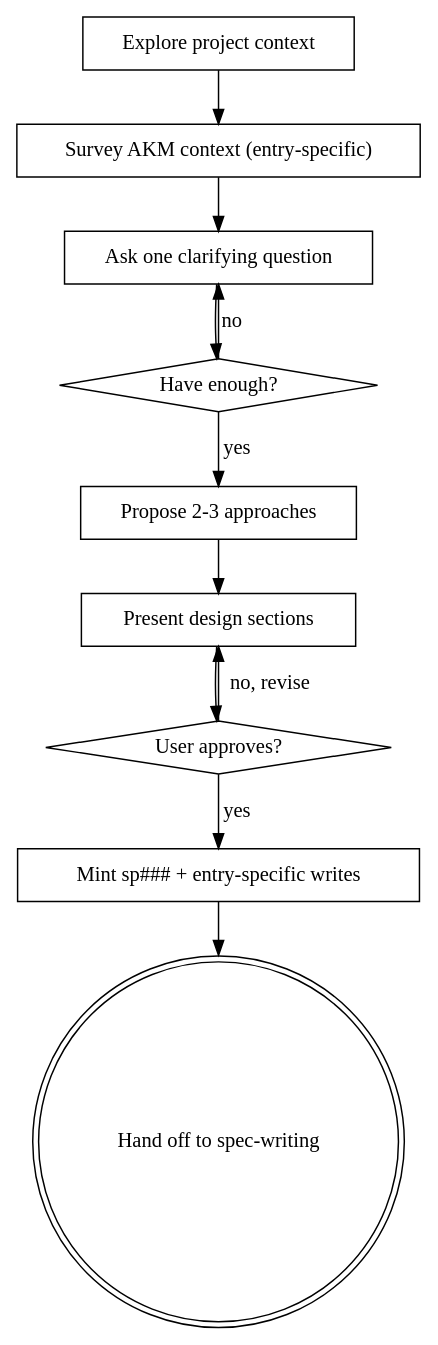
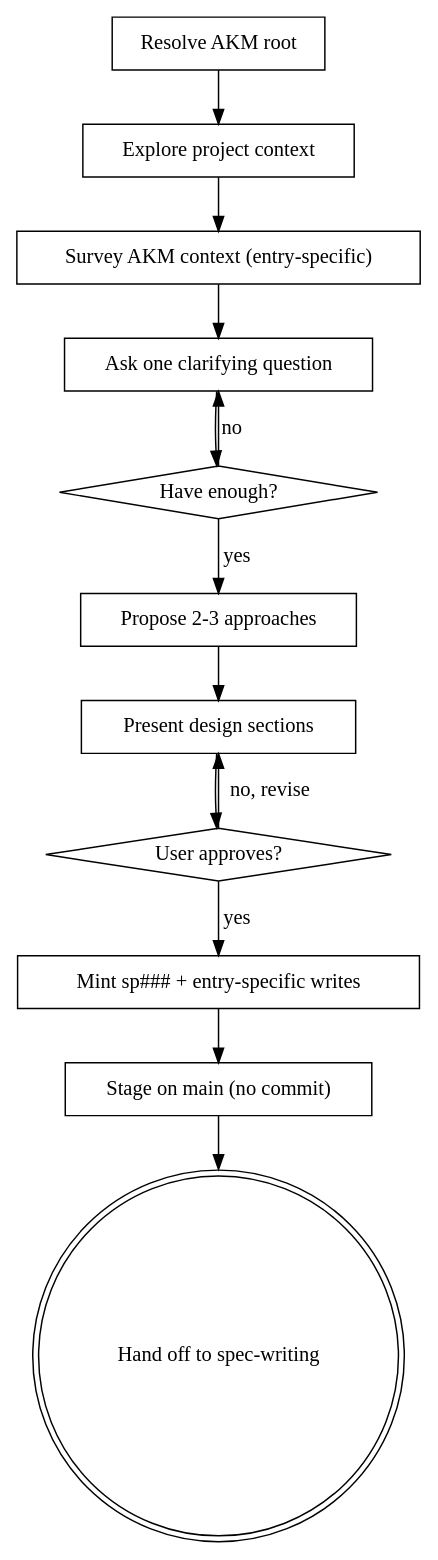
One commit to b3tchi/dotfiles changed the diagram in claude/marketplace/plugins/infinifu/skills/idea-brainstorming/SKILL.md. Above: the diagram before and after it, drawn with Graphviz. The commit also changed other lines of this file and 53 other files, not shown here.

````diff
--- a/claude/marketplace/plugins/infinifu/skills/idea-brainstorming/SKILL.md
+++ b/claude/marketplace/plugins/infinifu/skills/idea-brainstorming/SKILL.md
@@ -79,24 +122,28 @@
 ```dot
 digraph brainstorm_basics {
+    "Resolve AKM root" [shape=box];
     "Explore project context" [shape=box];
     "Survey AKM context (entry-specific)" [shape=box];
     "Ask one clarifying question" [shape=box];
     "Have enough?" [shape=diamond];
     "Propose 2-3 approaches" [shape=box];
     "Present design sections" [shape=box];
     "User approves?" [shape=diamond];
     "Mint sp### + entry-specific writes" [shape=box];
+    "Stage on main (no commit)" [shape=box];
     "Hand off to spec-writing" [shape=doublecircle];
 
+    "Resolve AKM root" -> "Explore project context";
     "Explore project context" -> "Survey AKM context (entry-specific)";
     "Survey AKM context (entry-specific)" -> "Ask one clarifying question";
     "Ask one clarifying question" -> "Have enough?";
     "Have enough?" -> "Ask one clarifying question" [label="no"];
     "Have enough?" -> "Propose 2-3 approaches" [label="yes"];
     "Propose 2-3 approaches" -> "Present design sections";
     "Present design sections" -> "User approves?";
     "User approves?" -> "Present design sections" [label="no, revise"];
     "User approves?" -> "Mint sp### + entry-specific writes" [label="yes"];
-    "Mint sp### + entry-specific writes" -> "Hand off to spec-writing";
+    "Mint sp### + entry-specific writes" -> "Stage on main (no commit)";
+    "Stage on main (no commit)" -> "Hand off to spec-writing";
 }
 ```
````
